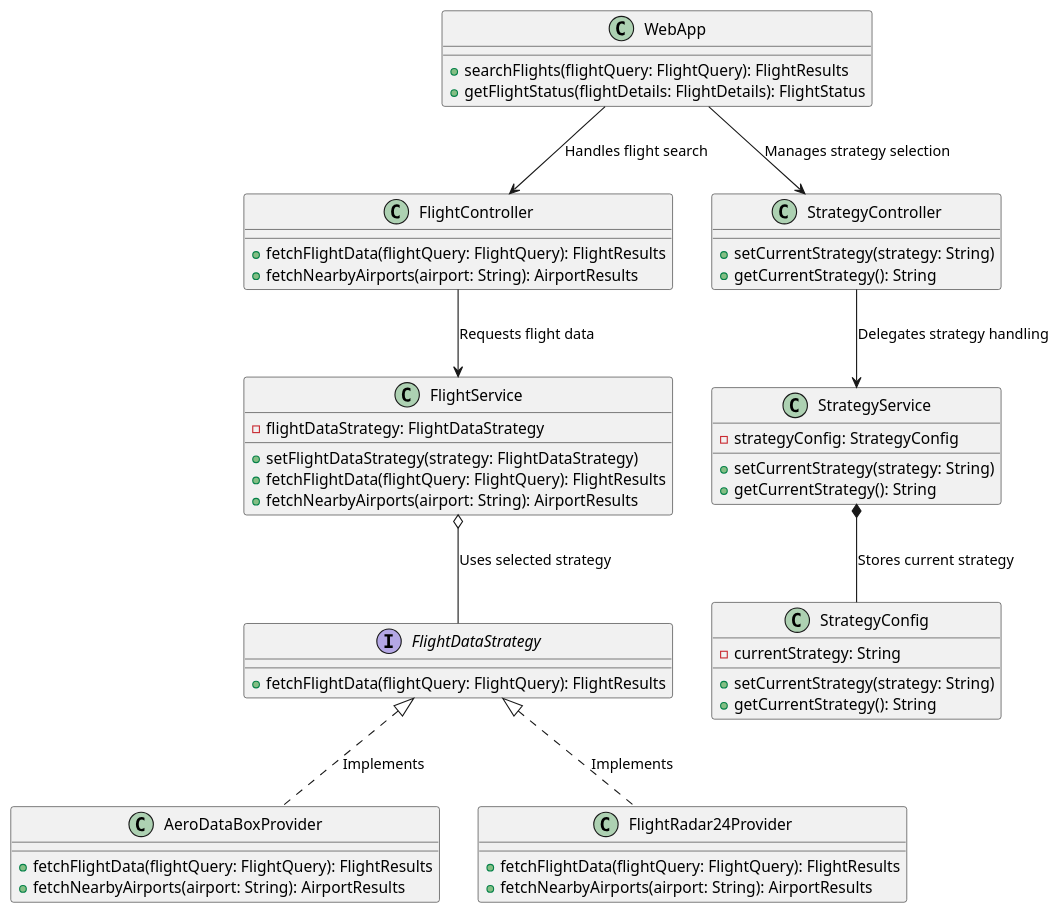
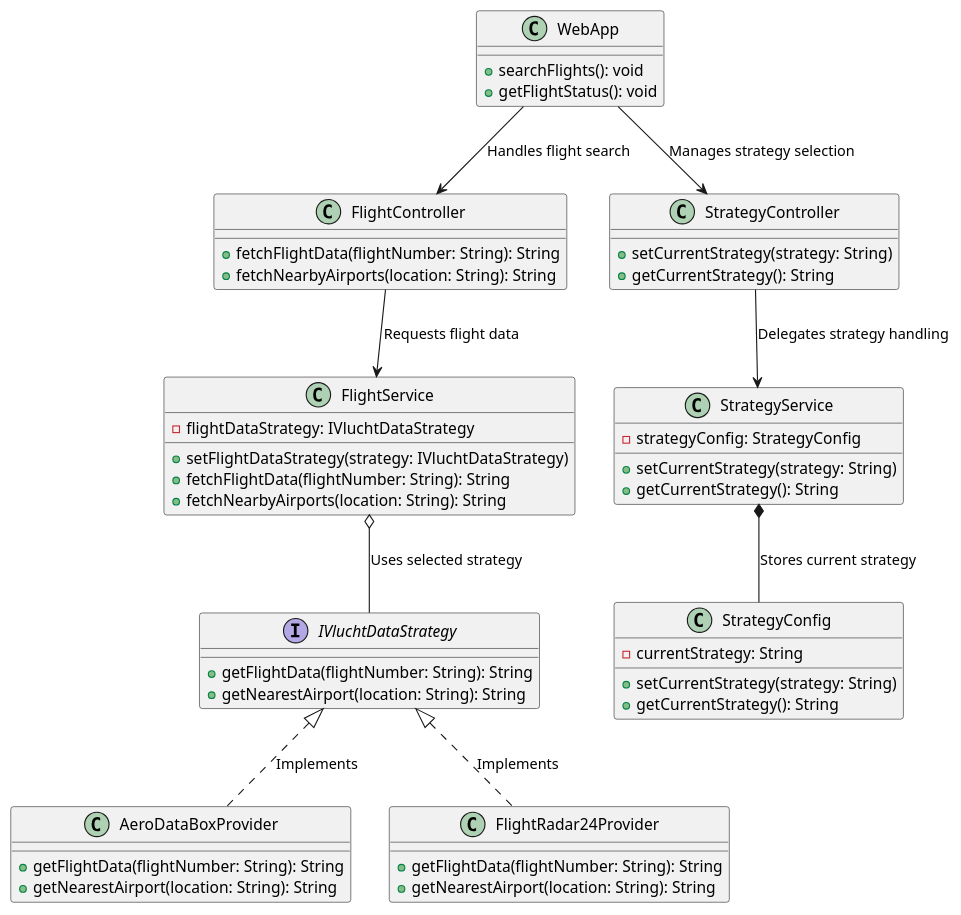
One commit to AIM-ENE-feb25/triptop-groep-b2 changed the diagram in classDiagramQuestion.puml. Above: the diagram before and after it, drawn with PlantUML.

```diff
--- a/classDiagramQuestion.puml
+++ b/classDiagramQuestion.puml
@@ -1,63 +1,64 @@
 @startuml
 'https://plantuml.com/class-diagram
 
 class WebApp {
-    +searchFlights(flightQuery: FlightQuery): FlightResults
-    +getFlightStatus(flightDetails: FlightDetails): FlightStatus
+    +searchFlights(): void
+    +getFlightStatus(): void
 }
 
 class FlightController {
-    +fetchFlightData(flightQuery: FlightQuery): FlightResults
-    +fetchNearbyAirports(airport: String): AirportResults
+    +fetchFlightData(flightNumber: String): String
+    +fetchNearbyAirports(location: String): String
 }
 
 class StrategyController {
     +setCurrentStrategy(strategy: String)
     +getCurrentStrategy(): String
 }
 
 class FlightService {
-    -flightDataStrategy: FlightDataStrategy
-    +setFlightDataStrategy(strategy: FlightDataStrategy)
-    +fetchFlightData(flightQuery: FlightQuery): FlightResults
-    +fetchNearbyAirports(airport: String): AirportResults
+    -flightDataStrategy: IVluchtDataStrategy
+    +setFlightDataStrategy(strategy: IVluchtDataStrategy)
+    +fetchFlightData(flightNumber: String): String
+    +fetchNearbyAirports(location: String): String
 }
 
 class StrategyService {
     -strategyConfig: StrategyConfig
     +setCurrentStrategy(strategy: String)
     +getCurrentStrategy(): String
 }
 
-interface FlightDataStrategy {
-    +fetchFlightData(flightQuery: FlightQuery): FlightResults
+interface IVluchtDataStrategy {
+    +getFlightData(flightNumber: String): String
+    +getNearestAirport(location: String): String
 }
 
 class AeroDataBoxProvider {
-    +fetchFlightData(flightQuery: FlightQuery): FlightResults
-    +fetchNearbyAirports(airport: String): AirportResults
+    +getFlightData(flightNumber: String): String
+    +getNearestAirport(location: String): String
 }
 
 class FlightRadar24Provider {
-    +fetchFlightData(flightQuery: FlightQuery): FlightResults
-    +fetchNearbyAirports(airport: String): AirportResults
+    +getFlightData(flightNumber: String): String
+    +getNearestAirport(location: String): String
 }
 
 class StrategyConfig {
     -currentStrategy: String
     +setCurrentStrategy(strategy: String)
     +getCurrentStrategy(): String
 }
 
 ' Relationships
 WebApp --> FlightController : "Handles flight search"
 WebApp --> StrategyController : "Manages strategy selection"
 FlightController --> FlightService : "Requests flight data"
 StrategyController --> StrategyService : "Delegates strategy handling"
-FlightService o-- FlightDataStrategy : "Uses selected strategy"
+FlightService o-- IVluchtDataStrategy : "Uses selected strategy"
 StrategyService *-- StrategyConfig : "Stores current strategy"
 
-FlightDataStrategy <|.. AeroDataBoxProvider : "Implements"
-FlightDataStrategy <|.. FlightRadar24Provider : "Implements"
+IVluchtDataStrategy <|.. AeroDataBoxProvider : "Implements"
+IVluchtDataStrategy <|.. FlightRadar24Provider : "Implements"
 
 @enduml
```
